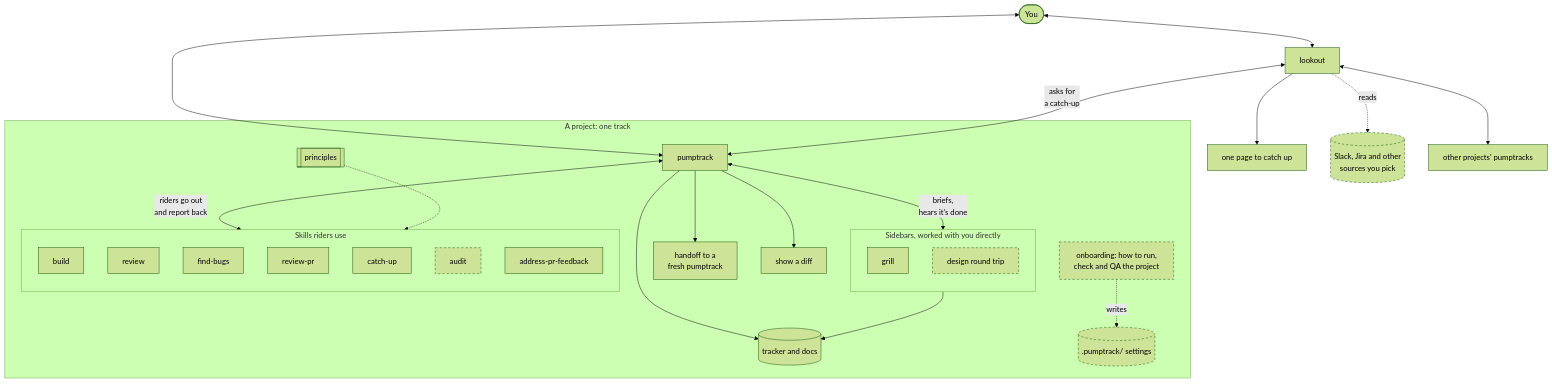
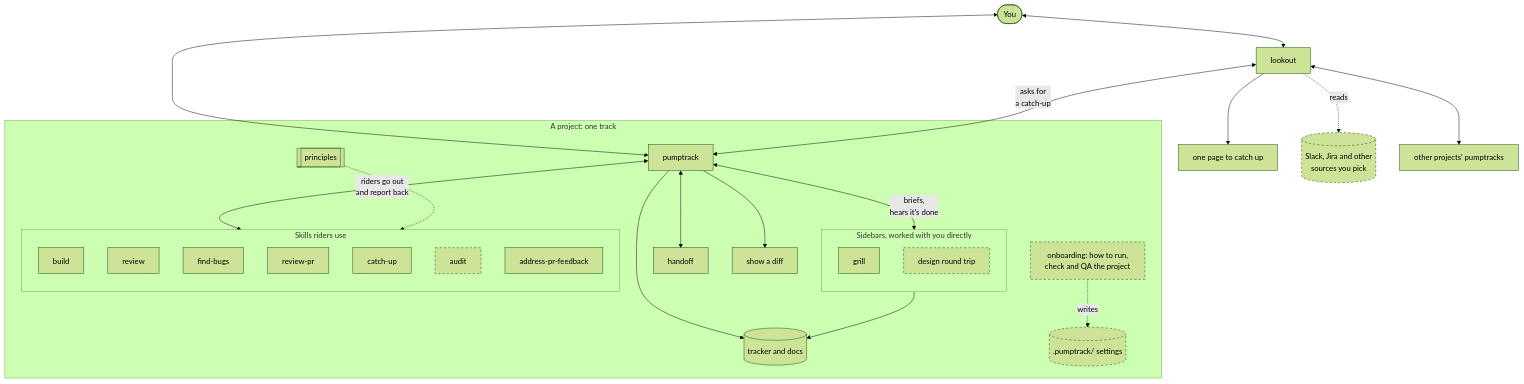
The second of 2 diagrams in README.md (brandonbews/pumptrack), drawn with Mermaid (forest theme) before and after one commit. The commit also changed other lines of this file and 3 other files, not shown here.

````diff
--- a/README.md
+++ b/README.md
@@ -57,51 +57,51 @@
 ```mermaid
 flowchart TD
   you(["You"])
   lookout["lookout"]
   page["one page to catch up"]
   sources[("Slack, Jira and other<br/>sources you pick")]
   others["other projects' pumptracks"]
 
   subgraph track["A project: one track"]
     pt["pumptrack"]
     subgraph sides["Sidebars, worked with you directly"]
       direction TB
       grill["grill"]
       design["design round trip"]
     end
     records[("tracker and docs")]
-    handoff["handoff to a<br/>fresh pumptrack"]
+    handoff["handoff"]
     diff["show a diff"]
     onboarding["onboarding: how to run,<br/>check and QA the project"]
     settings[(".pumptrack/ settings")]
     principles[["principles"]]
     subgraph skills["Skills riders use"]
       direction TB
       build["build"]
       review["review"]
       bugs["find-bugs"]
       prreview["review-pr"]
       catchup["catch-up"]
       audit["audit"]
       feedback["address-pr-feedback"]
     end
   end
 
   you <--> lookout
   you <--> pt
   lookout <-->|"asks for<br/>a catch-up"| pt
   lookout <--> others
   lookout --> page
   lookout -.->|reads| sources
   pt <-->|"riders go out<br/>and report back"| skills
   pt <-->|"briefs,<br/>hears it's done"| sides
-  pt --> handoff
+  pt <--> handoff
   pt --> diff
   pt --> records
   sides --> records
   onboarding -.->|writes| settings
   principles -.-> skills
 
   classDef later stroke-dasharray: 5 4
   class sources,design,onboarding,settings,audit later
 ```
````
